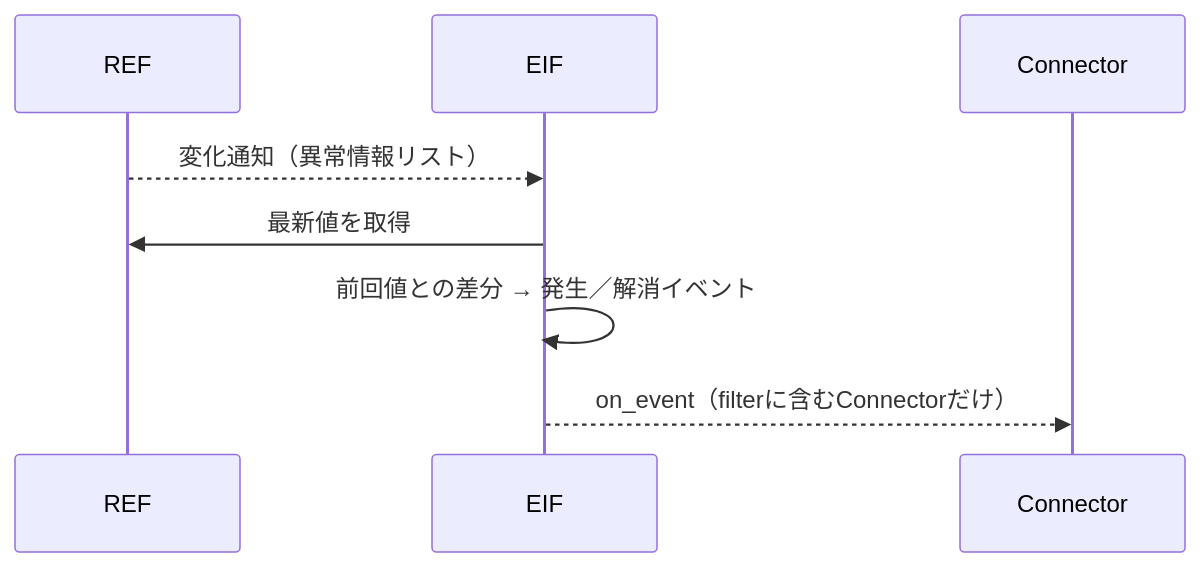
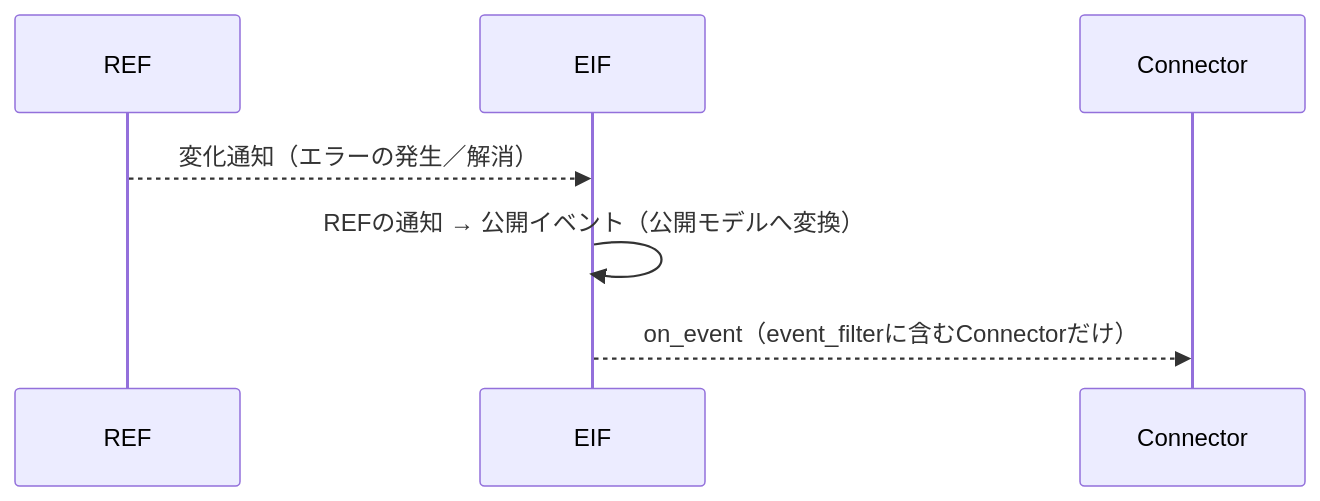
The eighth of 8 diagrams in 03.EIF設計/設計/仕様設計書.md (ceedling-vxworks-test-generator/EIF-design), drawn with Mermaid before and after one commit. The commit also changed other lines of this file and 14 other files, not shown here.

First line of the commit message:
仕様設計DRの指摘を反映（仕様設計書・詳細設計書 0.02）、詳細構成図を追加

````diff
--- a/03.EIF設計/設計/仕様設計書.md
+++ b/03.EIF設計/設計/仕様設計書.md
@@ -1071,10 +1098,9 @@
 ```mermaid
 sequenceDiagram
     participant REF as REF
     participant EIF as EIF
     participant CN as Connector
-    REF-->>EIF: 変化通知（異常情報リスト）
-    EIF->>REF: 最新値を取得
-    EIF->>EIF: 前回値との差分 → 発生／解消イベント
-    EIF-->>CN: on_event（filterに含むConnectorだけ）
+    REF-->>EIF: 変化通知（エラーの発生／解消）
+    EIF->>EIF: REFの通知 → 公開イベント（公開モデルへ変換）
+    EIF-->>CN: on_event（event_filterに含むConnectorだけ）
 ```
````
